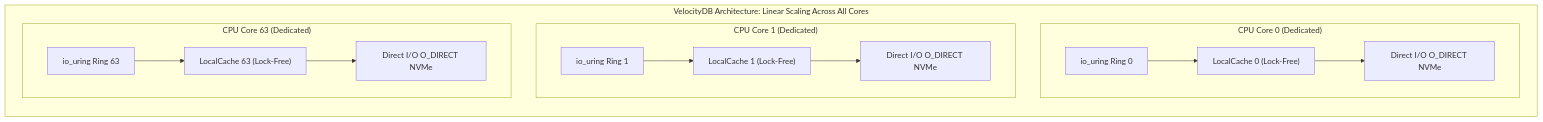
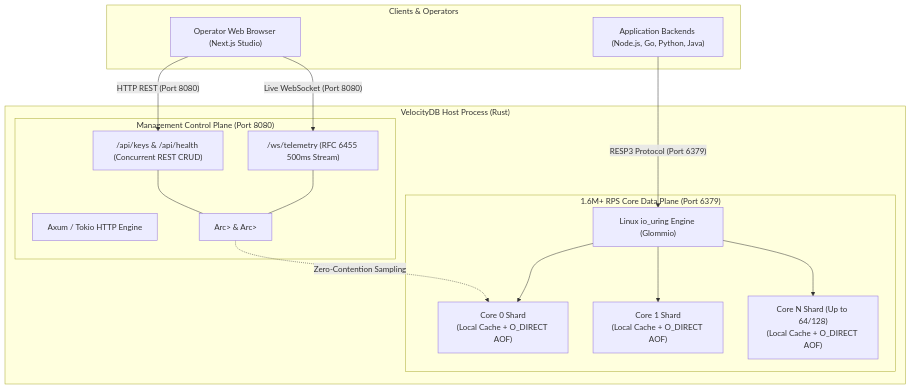
Before and after one commit to developer-yasir/velocitydb: the diagram in README.md, drawn with Mermaid. The commit also changed other lines of this file and 1 other file, not shown here.

Commit message:
docs: write FAANG-level README for VelocityDB & VelocityDB Studio with live assets

````diff
--- a/README.md
+++ b/README.md
@@ -133,19 +139,34 @@
 ```mermaid
-flowchart LR
-    subgraph VelocityDB["VelocityDB Architecture: Linear Scaling Across All Cores"]
-        subgraph Shard0["CPU Core 0 (Dedicated)"]
-            Sock0["io_uring Ring 0"] --> Cache0["LocalCache 0 (Lock-Free)"]
-            Cache0 --> AOF0["Direct I/O O_DIRECT NVMe"]
+flowchart TD
+    subgraph ClientLayer["Clients & Operators"]
+        AppClients["Application Backends (Node.js, Go, Python, Java)"]
+        Operator["Operator Web Browser (Next.js Studio)"]
+    end
+
+    subgraph VelocityDBHost["VelocityDB Host Process (Rust)"]
+        subgraph DataPlane["1.6M+ RPS Core Data Plane (Port 6379)"]
+            GlommioRing["Linux io_uring Engine (Glommio)"]
+            Shard0["Core 0 Shard<br/>(Local Cache + O_DIRECT AOF)"]
+            Shard1["Core 1 Shard<br/>(Local Cache + O_DIRECT AOF)"]
+            ShardN["Core N Shard (Up to 64/128)<br/>(Local Cache + O_DIRECT AOF)"]
         end
 
-        subgraph Shard1["CPU Core 1 (Dedicated)"]
-            Sock1["io_uring Ring 1"] --> Cache1["LocalCache 1 (Lock-Free)"]
-            Cache1 --> AOF1["Direct I/O O_DIRECT NVMe"]
-        end
-
-        subgraph ShardN["CPU Core 63 (Dedicated)"]
-            SockN["io_uring Ring 63"] --> CacheN["LocalCache 63 (Lock-Free)"]
-            CacheN --> AOFN["Direct I/O O_DIRECT NVMe"]
+        subgraph ManagementPlane["Management Control Plane (Port 8080)"]
+            AxumServer["Axum / Tokio HTTP Engine"]
+            WSRoute["/ws/telemetry (RFC 6455 500ms Stream)"]
+            RESTRoute["/api/keys & /api/health (Concurrent REST CRUD)"]
+            SharedState["Arc<RwLock<TelemetryData>> & Arc<RwLock<StudioKeyStore>>"]
         end
     end
+
+    AppClients -- "RESP3 Protocol (Port 6379)" --> GlommioRing
+    GlommioRing --> Shard0
+    GlommioRing --> Shard1
+    GlommioRing --> ShardN
+
+    Operator -- "HTTP REST (Port 8080)" --> RESTRoute
+    Operator -- "Live WebSocket (Port 8080)" --> WSRoute
+    WSRoute --- SharedState
+    RESTRoute --- SharedState
+    SharedState -. "Zero-Contention Sampling" .-> Shard0
 ```
````
